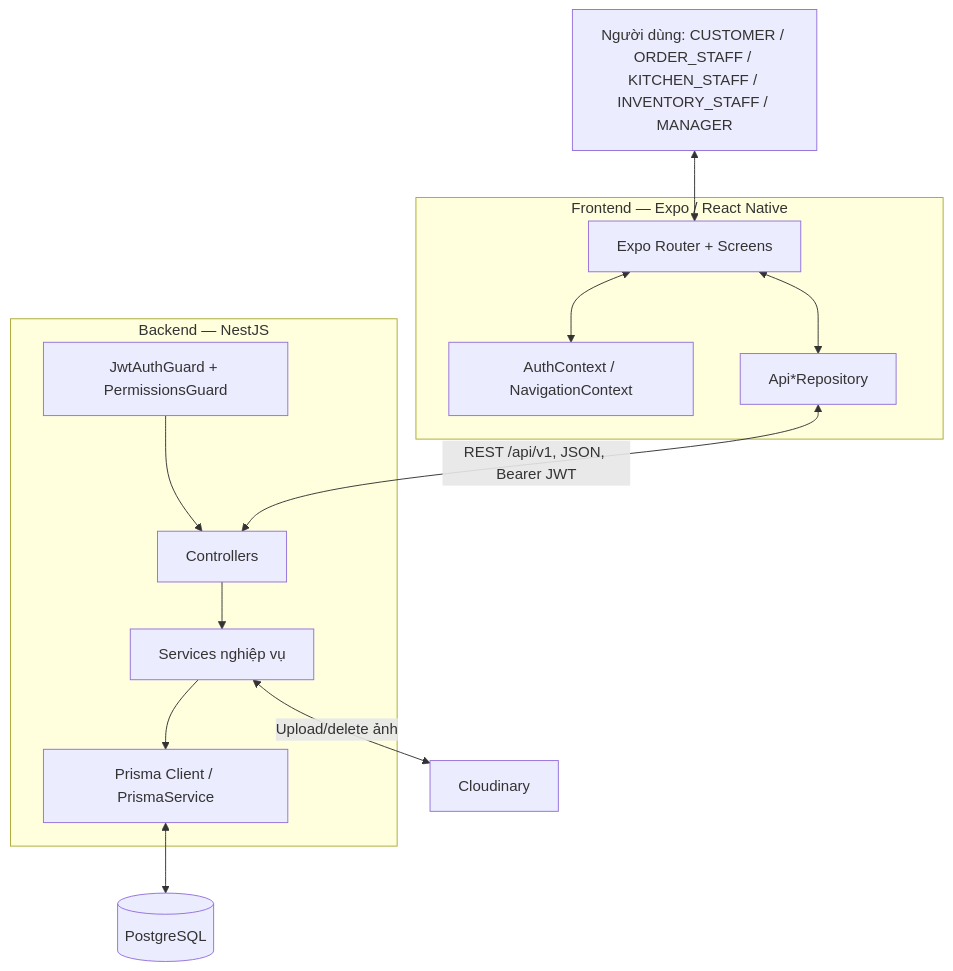
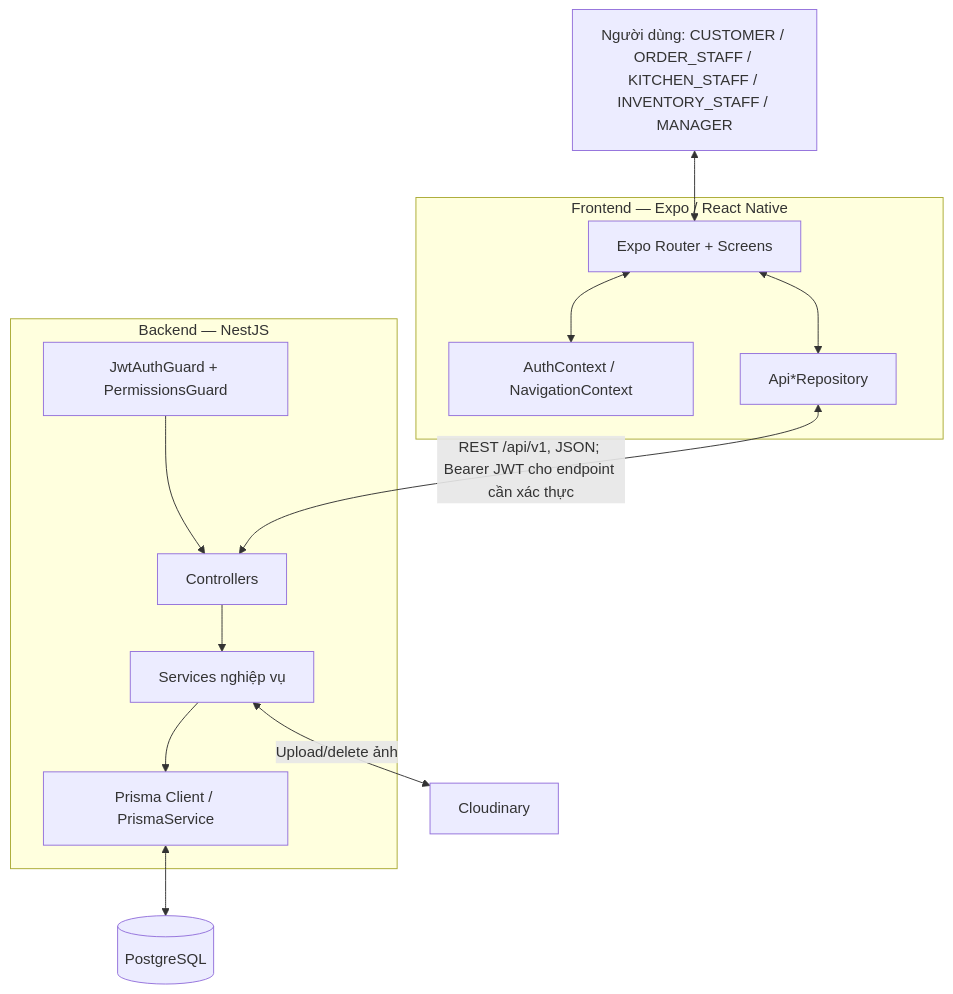
One commit to NTMHuy/ResMan changed the diagram in docs/analysis/diagrams/architecture.mmd. Above: the diagram before and after it, drawn with Mermaid.

Commit message:
docs: clarify JWT applies only to protected API endpoints

```diff
--- a/docs/analysis/diagrams/architecture.mmd
+++ b/docs/analysis/diagrams/architecture.mmd
@@ -1,22 +1,22 @@
 flowchart TB
   U["Người dùng: CUSTOMER / ORDER_STAFF / KITCHEN_STAFF / INVENTORY_STAFF / MANAGER"]
   subgraph FE["Frontend — Expo / React Native"]
     UI["Expo Router + Screens"]
     CTX["AuthContext / NavigationContext"]
     REPO["Api*Repository"]
     UI <--> CTX
     UI <--> REPO
   end
   subgraph BE["Backend — NestJS"]
     CTRL["Controllers"]
     GUARD["JwtAuthGuard + PermissionsGuard"]
     SVC["Services nghiệp vụ"]
     PRISMA["Prisma Client / PrismaService"]
     GUARD --> CTRL --> SVC --> PRISMA
   end
   DB[("PostgreSQL")]
   CLOUD["Cloudinary"]
   U <--> UI
-  REPO <-->|"REST /api/v1, JSON, Bearer JWT"| CTRL
+  REPO <-->|"REST /api/v1, JSON; Bearer JWT cho endpoint cần xác thực"| CTRL
   PRISMA <--> DB
   SVC <-->|"Upload/delete ảnh"| CLOUD
```
